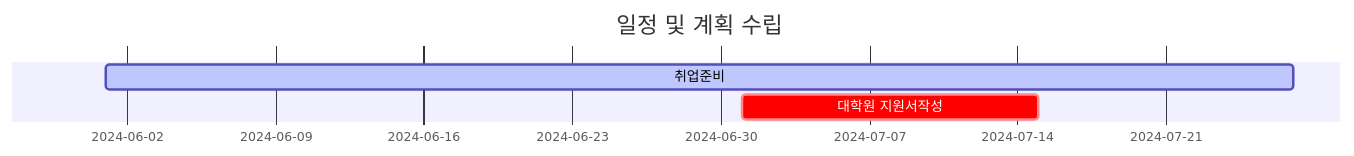
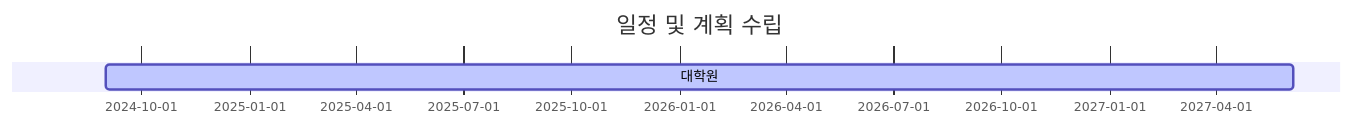
One commit to akillness/akillness.github.io changed the diagram in _tabs/about.md. Above: the diagram before and after it, drawn with Mermaid. The commit also changed other lines of this file, not shown here.

````diff
--- a/_tabs/about.md
+++ b/_tabs/about.md
@@ -96,7 +96,6 @@
 ```mermaid
  gantt
   title 일정 및 계획 수립
-  취업준비 :active, a, 2024-06-01, 8w
-  대학원 지원서작성 :crit, b, 2024-07-01, 2w
+  대학원 :active, a, 2024-09-01, 144w
   
 ```
````
